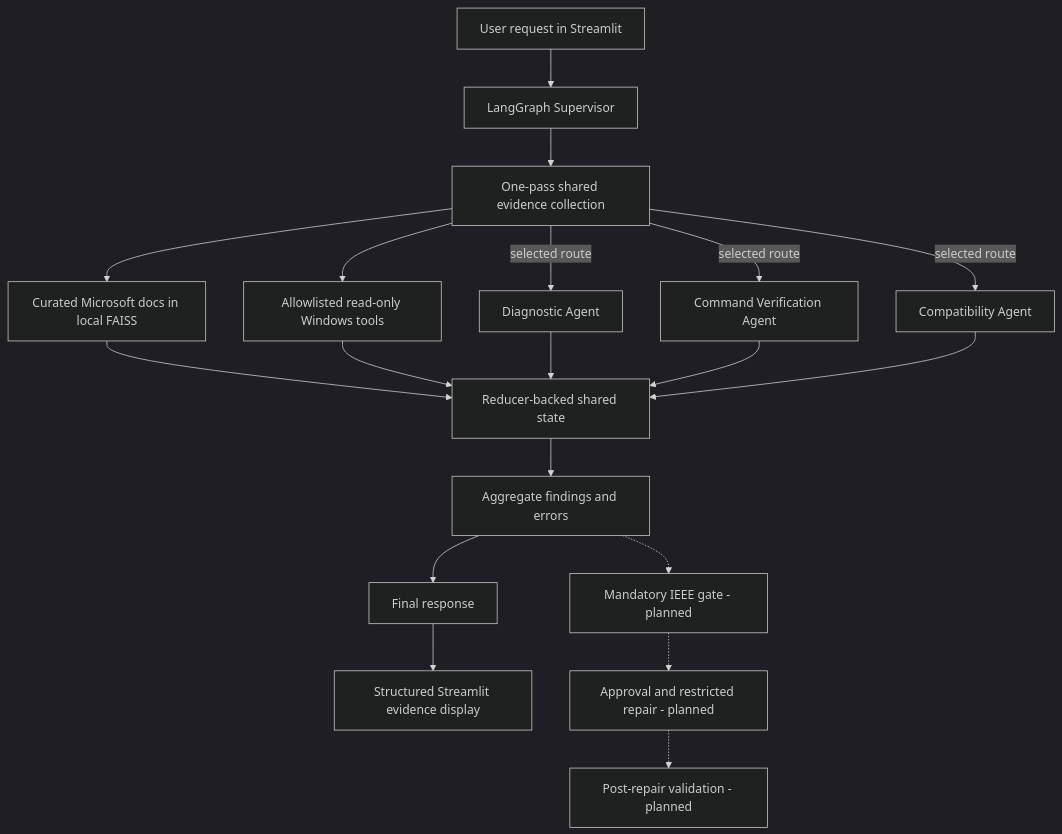
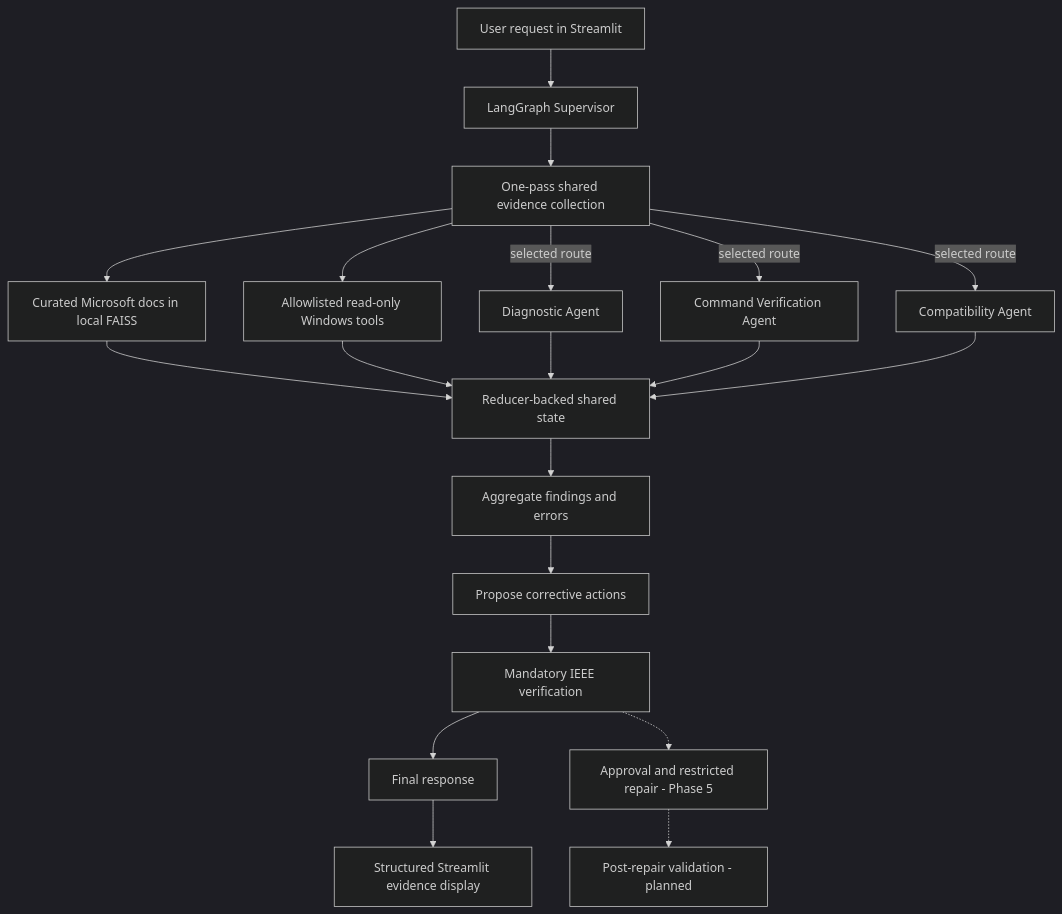
Before and after one commit to Vageesh686/osguard-ai: the diagram in docs/ARCHITECTURE.md, drawn with Mermaid (dark theme). The commit also changed other lines of this file and 14 other files, not shown here.

````diff
--- a/docs/ARCHITECTURE.md
+++ b/docs/ARCHITECTURE.md
@@ -10,21 +11,22 @@
 ```mermaid
 flowchart TD
     U[User request in Streamlit] --> S[LangGraph Supervisor]
     S --> E[One-pass shared evidence collection]
     E --> R[Curated Microsoft docs in local FAISS]
     E --> T[Allowlisted read-only Windows tools]
     R --> X[Reducer-backed shared state]
     T --> X
     E -->|selected route| D[Diagnostic Agent]
     E -->|selected route| C[Command Verification Agent]
     E -->|selected route| K[Compatibility Agent]
     D --> X
     C --> X
     K --> X
     X --> A[Aggregate findings and errors]
-    A --> F[Final response]
+    A --> P[Propose corrective actions]
+    P --> I[Mandatory IEEE verification]
+    I --> F[Final response]
     F --> UI[Structured Streamlit evidence display]
-    A -.-> IEEE[Mandatory IEEE gate - planned]
-    IEEE -.-> AP[Approval and restricted repair - planned]
+    I -.-> AP[Approval and restricted repair - Phase 5]
     AP -.-> V[Post-repair validation - planned]
 ```
````
